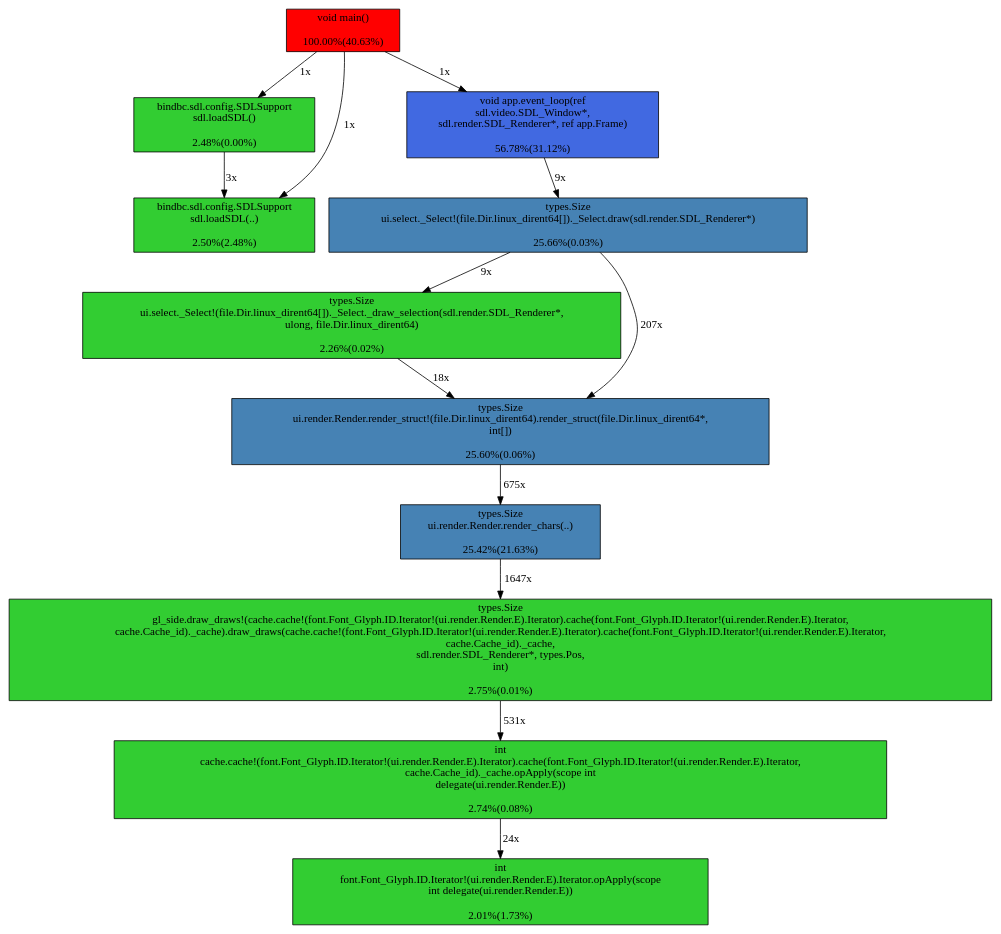
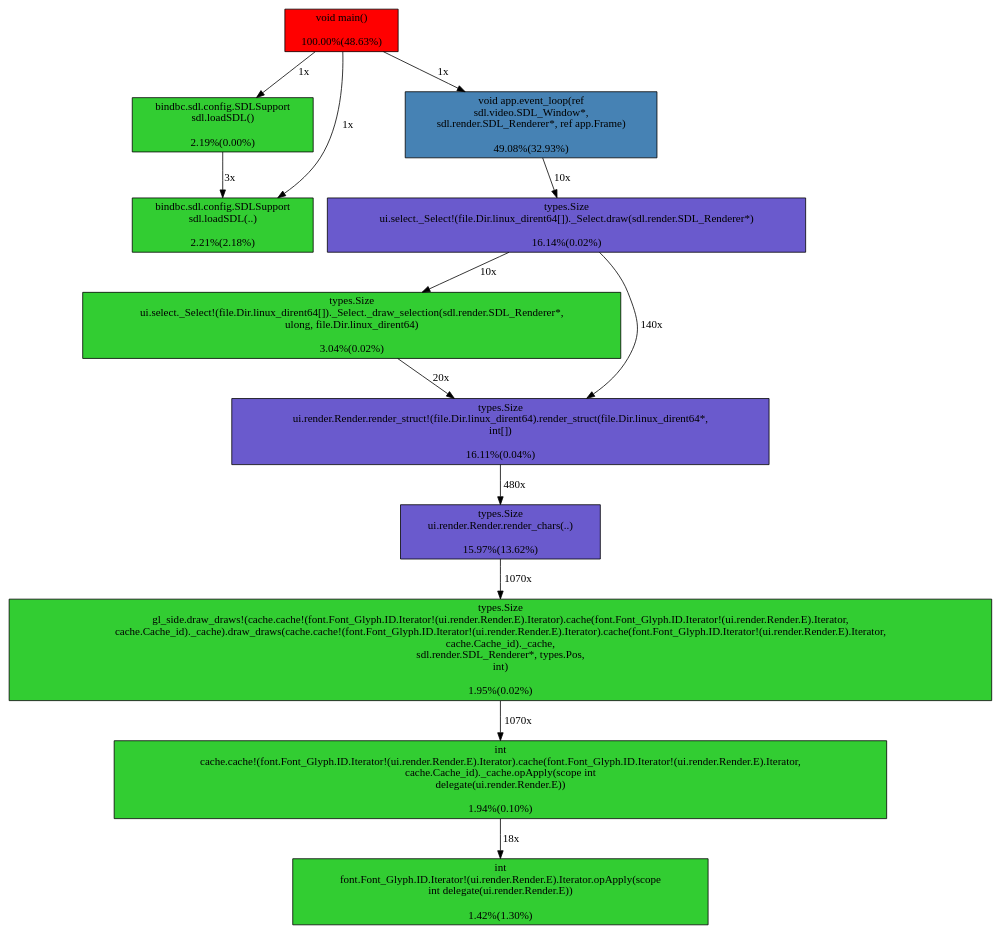
One commit to vitalfadeev/vf3 changed the diagram in file_browser/trace.log.dot. Above: the diagram before and after it, drawn with Graphviz. The commit also changed 5 other files, not shown here.

```diff
--- a/file_browser/trace.log.dot
+++ b/file_browser/trace.log.dot
@@ -1,56 +1,56 @@
 digraph {
 "_D3sdl7loadSDLFNbNiZE6bindbcQBa6config10SDLSupport" [label="bindbc.sdl.config.SDLSupport
 sdl.loadSDL()
-\n2.48%(0.00%)", shape="box", style=filled, fillcolor="limegreen"];
+\n2.19%(0.00%)", shape="box", style=filled, fillcolor="limegreen"];
 "_D3sdl7loadSDLFNbNiZE6bindbcQBa6config10SDLSupport" -> "_D3sdl7loadSDLFNbNiPxaZE6bindbcQBd6config10SDLSupport" [label="3x"];
 "_D3app10event_loopFKPS3sdl5video10SDL_WindowPSQy6render12SDL_RendererKSQCr5FrameZv" [label="void app.event_loop(ref
 sdl.video.SDL_Window*,
 sdl.render.SDL_Renderer*, ref app.Frame)
-\n56.78%(31.12%)", shape="box", style=filled, fillcolor="royalblue"];
-"_D3app10event_loopFKPS3sdl5video10SDL_WindowPSQy6render12SDL_RendererKSQCr5FrameZv" -> "_D2ui6select__T7_SelectTAS4file3Dir14linux_dirent64ZQBl4drawMFPS3sdl6render12SDL_RendererZS5types4Size" [label="9x"];
+\n49.08%(32.93%)", shape="box", style=filled, fillcolor="steelblue"];
+"_D3app10event_loopFKPS3sdl5video10SDL_WindowPSQy6render12SDL_RendererKSQCr5FrameZv" -> "_D2ui6select__T7_SelectTAS4file3Dir14linux_dirent64ZQBl4drawMFPS3sdl6render12SDL_RendererZS5types4Size" [label="10x"];
 "_D5cache__TQjTS4font10Font_Glyph2ID__T8IteratorTS2ui6render6Render1EZQBfZQCtFQClSQDb8Cache_idZ6_cache7opApplyMFMDFQCoZiZi" [label="int
 cache.cache!(font.Font_Glyph.ID.Iterator!(ui.render.Render.E).Iterator).cache(font.Font_Glyph.ID.Iterator!(ui.render.Render.E).Iterator,
 cache.Cache_id)._cache.opApply(scope int
 delegate(ui.render.Render.E))
-\n2.74%(0.08%)", shape="box", style=filled, fillcolor="limegreen"];
-"_D5cache__TQjTS4font10Font_Glyph2ID__T8IteratorTS2ui6render6Render1EZQBfZQCtFQClSQDb8Cache_idZ6_cache7opApplyMFMDFQCoZiZi" -> "_D4font10Font_Glyph2ID__T8IteratorTS2ui6render6Render1EZQBf7opApplyMFMDFQBlZiZi" [label="24x"];
+\n1.94%(0.10%)", shape="box", style=filled, fillcolor="limegreen"];
+"_D5cache__TQjTS4font10Font_Glyph2ID__T8IteratorTS2ui6render6Render1EZQBfZQCtFQClSQDb8Cache_idZ6_cache7opApplyMFMDFQCoZiZi" -> "_D4font10Font_Glyph2ID__T8IteratorTS2ui6render6Render1EZQBf7opApplyMFMDFQBlZiZi" [label="18x"];
 "_D2ui6select__T7_SelectTAS4file3Dir14linux_dirent64ZQBl15_draw_selectionMFPS3sdl6render12SDL_RenderermQCzZS5types4Size" [label="types.Size
 ui.select._Select!(file.Dir.linux_dirent64[])._Select._draw_selection(sdl.render.SDL_Renderer*,
 ulong, file.Dir.linux_dirent64)
-\n2.26%(0.02%)", shape="box", style=filled, fillcolor="limegreen"];
-"_D2ui6select__T7_SelectTAS4file3Dir14linux_dirent64ZQBl15_draw_selectionMFPS3sdl6render12SDL_RenderermQCzZS5types4Size" -> "_D2ui6render6Render__T13render_structTS4file3Dir14linux_dirent64ZQBrMFPQBhAiZS5types4Size" [label="18x"];
+\n3.04%(0.02%)", shape="box", style=filled, fillcolor="limegreen"];
+"_D2ui6select__T7_SelectTAS4file3Dir14linux_dirent64ZQBl15_draw_selectionMFPS3sdl6render12SDL_RenderermQCzZS5types4Size" -> "_D2ui6render6Render__T13render_structTS4file3Dir14linux_dirent64ZQBrMFPQBhAiZS5types4Size" [label="20x"];
 "_Dmain" [label="void main()
-\n100.00%(40.63%)", shape="box", style=filled, fillcolor="red"];
+\n100.00%(48.63%)", shape="box", style=filled, fillcolor="red"];
 "_Dmain" -> "_D3sdl7loadSDLFNbNiZE6bindbcQBa6config10SDLSupport" [label="1x"];
 "_Dmain" -> "_D3app10event_loopFKPS3sdl5video10SDL_WindowPSQy6render12SDL_RendererKSQCr5FrameZv" [label="1x"];
 "_Dmain" -> "_D3sdl7loadSDLFNbNiPxaZE6bindbcQBd6config10SDLSupport" [label="1x"];
 "_D2ui6render6Render12render_charsMFAaZS5types4Size" [label="types.Size
 ui.render.Render.render_chars(..)
-\n25.42%(21.63%)", shape="box", style=filled, fillcolor="steelblue"];
-"_D2ui6render6Render12render_charsMFAaZS5types4Size" -> "_D7gl_side__T10draw_drawsTS5cache__TQjTS4font10Font_Glyph2ID__T8IteratorTS2ui6render6Render1EZQBfZQCtFQClSQDb8Cache_idZ6_cacheZQEkFQEbPS3sdlQCl12SDL_RendererS5types3PosiZSQn4Size" [label="1647x"];
+\n15.97%(13.62%)", shape="box", style=filled, fillcolor="slateblue"];
+"_D2ui6render6Render12render_charsMFAaZS5types4Size" -> "_D7gl_side__T10draw_drawsTS5cache__TQjTS4font10Font_Glyph2ID__T8IteratorTS2ui6render6Render1EZQBfZQCtFQClSQDb8Cache_idZ6_cacheZQEkFQEbPS3sdlQCl12SDL_RendererS5types3PosiZSQn4Size" [label="1070x"];
 "_D4font10Font_Glyph2ID__T8IteratorTS2ui6render6Render1EZQBf7opApplyMFMDFQBlZiZi" [label="int
 font.Font_Glyph.ID.Iterator!(ui.render.Render.E).Iterator.opApply(scope
 int delegate(ui.render.Render.E))
-\n2.01%(1.73%)", shape="box", style=filled, fillcolor="limegreen"];
+\n1.42%(1.30%)", shape="box", style=filled, fillcolor="limegreen"];
 "_D7gl_side__T10draw_drawsTS5cache__TQjTS4font10Font_Glyph2ID__T8IteratorTS2ui6render6Render1EZQBfZQCtFQClSQDb8Cache_idZ6_cacheZQEkFQEbPS3sdlQCl12SDL_RendererS5types3PosiZSQn4Size" [label="types.Size
 gl_side.draw_draws!(cache.cache!(font.Font_Glyph.ID.Iterator!(ui.render.Render.E).Iterator).cache(font.Font_Glyph.ID.Iterator!(ui.render.Render.E).Iterator,
 cache.Cache_id)._cache).draw_draws(cache.cache!(font.Font_Glyph.ID.Iterator!(ui.render.Render.E).Iterator).cache(font.Font_Glyph.ID.Iterator!(ui.render.Render.E).Iterator,
 cache.Cache_id)._cache,
 sdl.render.SDL_Renderer*, types.Pos,
 int)
-\n2.75%(0.01%)", shape="box", style=filled, fillcolor="limegreen"];
-"_D7gl_side__T10draw_drawsTS5cache__TQjTS4font10Font_Glyph2ID__T8IteratorTS2ui6render6Render1EZQBfZQCtFQClSQDb8Cache_idZ6_cacheZQEkFQEbPS3sdlQCl12SDL_RendererS5types3PosiZSQn4Size" -> "_D5cache__TQjTS4font10Font_Glyph2ID__T8IteratorTS2ui6render6Render1EZQBfZQCtFQClSQDb8Cache_idZ6_cache7opApplyMFMDFQCoZiZi" [label="531x"];
+\n1.95%(0.02%)", shape="box", style=filled, fillcolor="limegreen"];
+"_D7gl_side__T10draw_drawsTS5cache__TQjTS4font10Font_Glyph2ID__T8IteratorTS2ui6render6Render1EZQBfZQCtFQClSQDb8Cache_idZ6_cacheZQEkFQEbPS3sdlQCl12SDL_RendererS5types3PosiZSQn4Size" -> "_D5cache__TQjTS4font10Font_Glyph2ID__T8IteratorTS2ui6render6Render1EZQBfZQCtFQClSQDb8Cache_idZ6_cache7opApplyMFMDFQCoZiZi" [label="1070x"];
 "_D2ui6select__T7_SelectTAS4file3Dir14linux_dirent64ZQBl4drawMFPS3sdl6render12SDL_RendererZS5types4Size" [label="types.Size
 ui.select._Select!(file.Dir.linux_dirent64[])._Select.draw(sdl.render.SDL_Renderer*)
-\n25.66%(0.03%)", shape="box", style=filled, fillcolor="steelblue"];
-"_D2ui6select__T7_SelectTAS4file3Dir14linux_dirent64ZQBl4drawMFPS3sdl6render12SDL_RendererZS5types4Size" -> "_D2ui6select__T7_SelectTAS4file3Dir14linux_dirent64ZQBl15_draw_selectionMFPS3sdl6render12SDL_RenderermQCzZS5types4Size" [label="9x"];
-"_D2ui6select__T7_SelectTAS4file3Dir14linux_dirent64ZQBl4drawMFPS3sdl6render12SDL_RendererZS5types4Size" -> "_D2ui6render6Render__T13render_structTS4file3Dir14linux_dirent64ZQBrMFPQBhAiZS5types4Size" [label="207x"];
+\n16.14%(0.02%)", shape="box", style=filled, fillcolor="slateblue"];
+"_D2ui6select__T7_SelectTAS4file3Dir14linux_dirent64ZQBl4drawMFPS3sdl6render12SDL_RendererZS5types4Size" -> "_D2ui6select__T7_SelectTAS4file3Dir14linux_dirent64ZQBl15_draw_selectionMFPS3sdl6render12SDL_RenderermQCzZS5types4Size" [label="10x"];
+"_D2ui6select__T7_SelectTAS4file3Dir14linux_dirent64ZQBl4drawMFPS3sdl6render12SDL_RendererZS5types4Size" -> "_D2ui6render6Render__T13render_structTS4file3Dir14linux_dirent64ZQBrMFPQBhAiZS5types4Size" [label="140x"];
 "_D2ui6render6Render__T13render_structTS4file3Dir14linux_dirent64ZQBrMFPQBhAiZS5types4Size" [label="types.Size
 ui.render.Render.render_struct!(file.Dir.linux_dirent64).render_struct(file.Dir.linux_dirent64*,
 int[])
-\n25.60%(0.06%)", shape="box", style=filled, fillcolor="steelblue"];
-"_D2ui6render6Render__T13render_structTS4file3Dir14linux_dirent64ZQBrMFPQBhAiZS5types4Size" -> "_D2ui6render6Render12render_charsMFAaZS5types4Size" [label="675x"];
+\n16.11%(0.04%)", shape="box", style=filled, fillcolor="slateblue"];
+"_D2ui6render6Render__T13render_structTS4file3Dir14linux_dirent64ZQBrMFPQBhAiZS5types4Size" -> "_D2ui6render6Render12render_charsMFAaZS5types4Size" [label="480x"];
 "_D3sdl7loadSDLFNbNiPxaZE6bindbcQBd6config10SDLSupport" [label="bindbc.sdl.config.SDLSupport
 sdl.loadSDL(..)
-\n2.50%(2.48%)", shape="box", style=filled, fillcolor="limegreen"];
+\n2.21%(2.18%)", shape="box", style=filled, fillcolor="limegreen"];
 }
```
